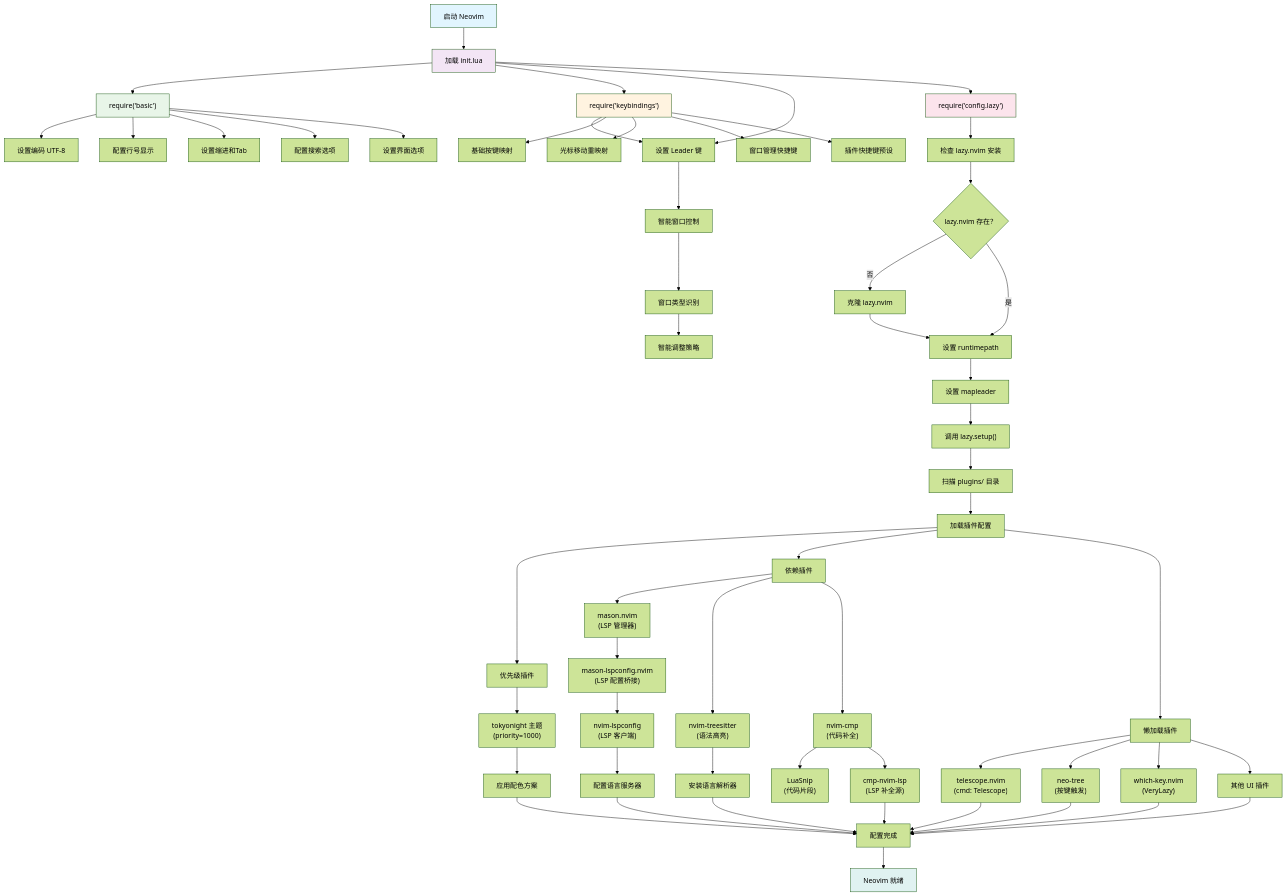
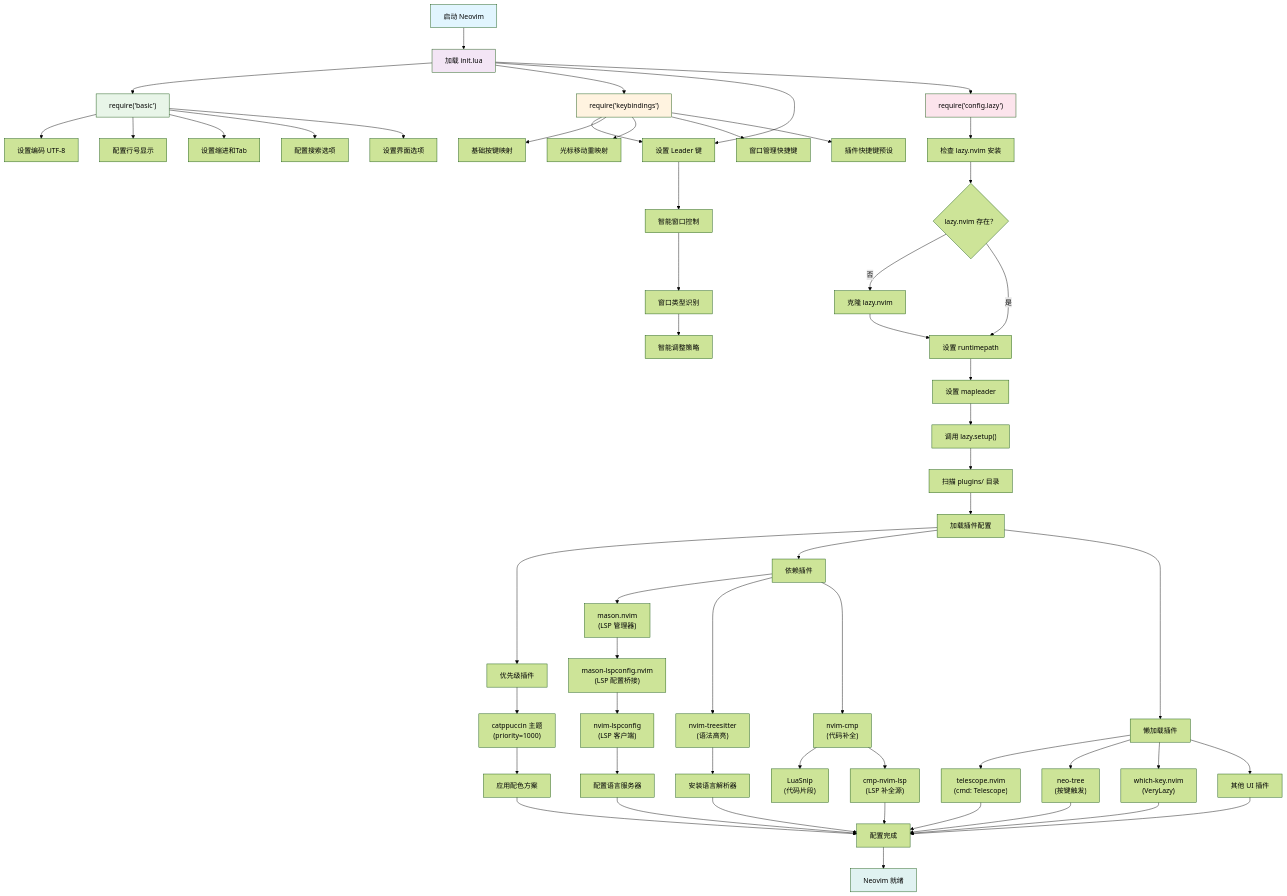
Before and after one commit to xiaolitongxue666/nvim: the diagram in README.md, drawn with Mermaid (forest theme). The commit also changed other lines of this file and 4 other files, not shown here.

````diff
--- a/README.md
+++ b/README.md
@@ -97,77 +97,77 @@
 ```mermaid
 flowchart TD
     A["启动 Neovim"] --> B["加载 init.lua"]
     B --> C["require('basic')"]
     B --> D["require('keybindings')"]
     B --> D1["require('window_control')"]
     B --> E["require('config.lazy')"]
     
     C --> C1["设置编码 UTF-8"]
     C --> C2["配置行号显示"]
     C --> C3["设置缩进和Tab"]
     C --> C4["配置搜索选项"]
     C --> C5["设置界面选项"]
     
     D --> D1["设置 Leader 键"]
     D --> D2["基础按键映射"]
     D --> D3["光标移动重映射"]
     D --> D4["窗口管理快捷键"]
     D --> D5["插件快捷键预设"]
     
     D1 --> D1_1["智能窗口控制"]
     D1_1 --> D1_2["窗口类型识别"]
     D1_2 --> D1_3["智能调整策略"]
     
     E --> E1["检查 lazy.nvim 安装"]
     E1 --> E2{"lazy.nvim 存在？"}
     E2 -->|否| E3["克隆 lazy.nvim"]
     E2 -->|是| E4["设置 runtimepath"]
     E3 --> E4
     E4 --> E5["设置 mapleader"]
     E5 --> E6["调用 lazy.setup()"]
     
     E6 --> F["扫描 plugins/ 目录"]
     F --> G["加载插件配置"]
     
     G --> H1["优先级插件"]
     G --> H2["依赖插件"]
     G --> H3["懒加载插件"]
     
-    H1 --> I1["tokyonight 主题<br/>(priority=1000)"]
+    H1 --> I1["catppuccin 主题<br/>(priority=1000)"]
     I1 --> I2["应用配色方案"]
     
     H2 --> J1["mason.nvim<br/>(LSP 管理器)"]
     J1 --> J2["mason-lspconfig.nvim<br/>(LSP 配置桥接)"]
     J2 --> J3["nvim-lspconfig<br/>(LSP 客户端)"]
     J3 --> J4["配置语言服务器"]
     
     H2 --> K1["nvim-treesitter<br/>(语法高亮)"]
     K1 --> K2["安装语言解析器"]
     
     H2 --> L1["nvim-cmp<br/>(代码补全)"]
     L1 --> L2["LuaSnip<br/>(代码片段)"]
     L1 --> L3["cmp-nvim-lsp<br/>(LSP 补全源)"]
     
     H3 --> M1["telescope.nvim<br/>(cmd: Telescope)"]
     H3 --> M2["neo-tree<br/>(按键触发)"]
     H3 --> M3["which-key.nvim<br/>(VeryLazy)"]
     H3 --> M4["其他 UI 插件"]
     
     I2 --> N["配置完成"]
     J4 --> N
     K2 --> N
     L3 --> N
     M1 --> N
     M2 --> N
     M3 --> N
     M4 --> N
     
     N --> O["Neovim 就绪"]
     
     style A fill:#e1f5fe
     style B fill:#f3e5f5
     style C fill:#e8f5e8
     style D fill:#fff3e0
     style E fill:#fce4ec
     style O fill:#e0f2f1
 ```
````
